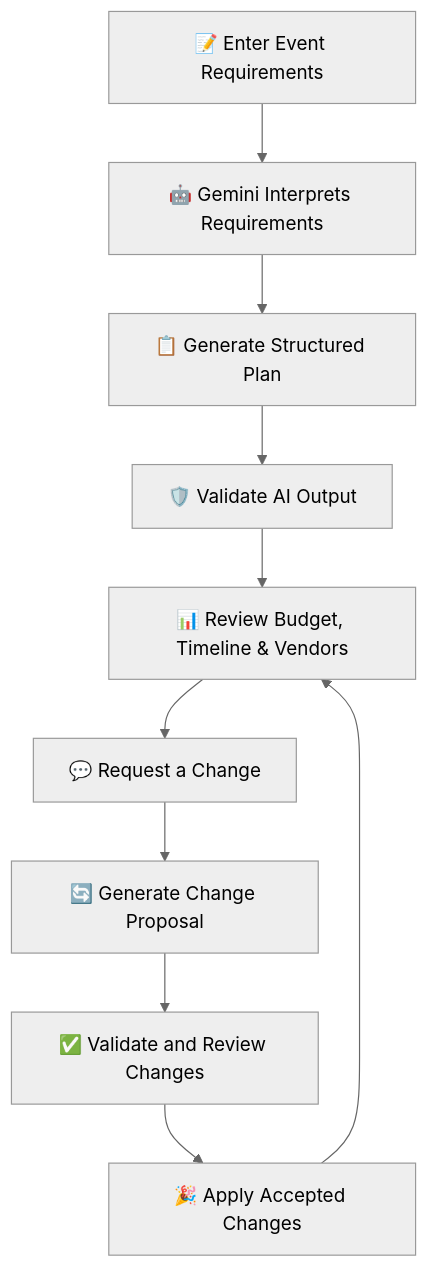
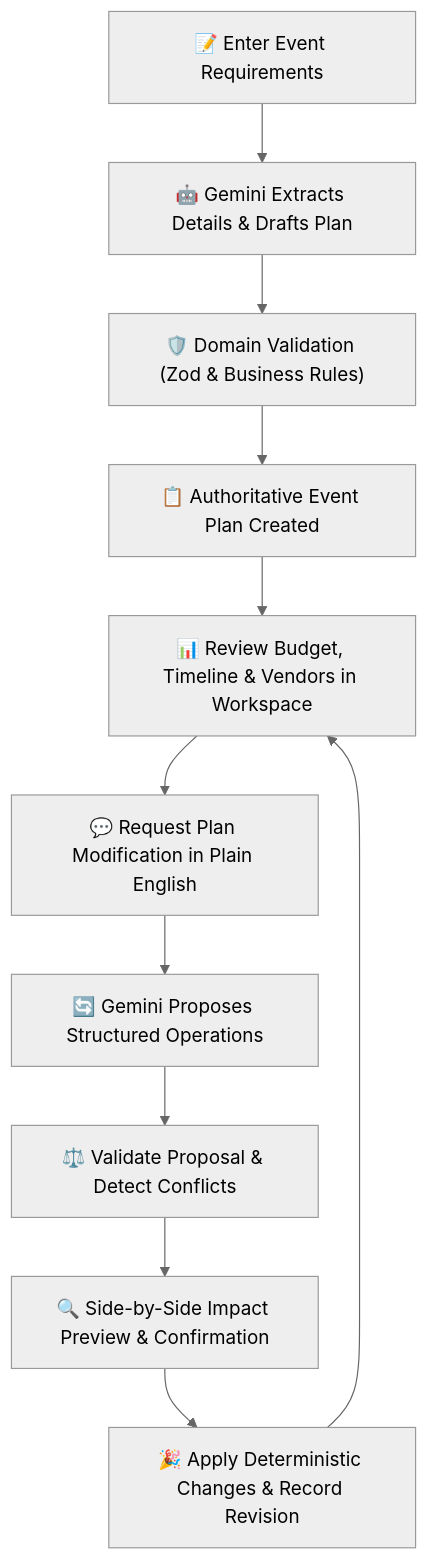
The first of 2 diagrams in README.md (AbdulWebAgency/gather-grace-gatherings), drawn with Mermaid (neutral theme) before and after one commit. The commit also changed other lines of this file and 1 other file, not shown here.

Commit message:
docs: improve architecture documentation and remove obsolete AI provider

````diff
--- a/README.md
+++ b/README.md
@@ -135,12 +135,13 @@
 ```mermaid
 flowchart TD
-    A["📝 Enter Event Requirements"] --> B["🤖 Gemini Interprets Requirements"]
-    B --> C["📋 Generate Structured Plan"]
-    C --> D["🛡️ Validate AI Output"]
-    D --> E["📊 Review Budget, Timeline & Vendors"]
-    E --> F["💬 Request a Change"]
-    F --> G["🔄 Generate Change Proposal"]
-    G --> H["✅ Validate and Review Changes"]
-    H --> I["🎉 Apply Accepted Changes"]
-    I --> E
+    A["📝 Enter Event Requirements"] --> B["🤖 Gemini Extracts Details & Drafts Plan"]
+    B --> C["🛡️ Domain Validation (Zod & Business Rules)"]
+    C --> D["📋 Authoritative Event Plan Created"]
+    D --> E["📊 Review Budget, Timeline & Vendors in Workspace"]
+    E --> F["💬 Request Plan Modification in Plain English"]
+    F --> G["🔄 Gemini Proposes Structured Operations"]
+    G --> H["⚖️ Validate Proposal & Detect Conflicts"]
+    H --> I["🔍 Side-by-Side Impact Preview & Confirmation"]
+    I --> J["🎉 Apply Deterministic Changes & Record Revision"]
+    J --> E
 ```
````
